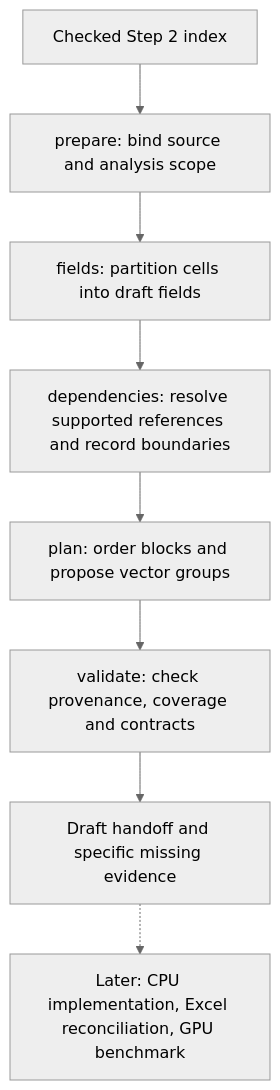
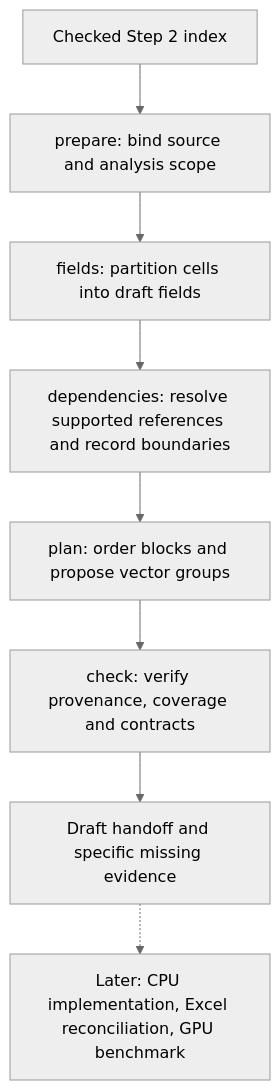
The diagram in docs/plans/step3_cli_workflow.md (ferryhe/excel_to_act), drawn with Mermaid (neutral theme) before and after one commit. The commit also changed other lines of this file and 24 other files, not shown here.

````diff
--- a/docs/plans/step3_cli_workflow.md
+++ b/docs/plans/step3_cli_workflow.md
@@ -5,10 +5,10 @@
 ```mermaid
 flowchart TD
     A[Checked Step 2 index] --> B[prepare: bind source and analysis scope]
     B --> C[fields: partition cells into draft fields]
     C --> D[dependencies: resolve supported references and record boundaries]
     D --> E[plan: order blocks and propose vector groups]
-    E --> F[validate: check provenance, coverage and contracts]
+    E --> F[check: verify provenance, coverage and contracts]
     F --> G[Draft handoff and specific missing evidence]
     G -.-> H[Later: CPU implementation, Excel reconciliation, GPU benchmark]
 ```
````
